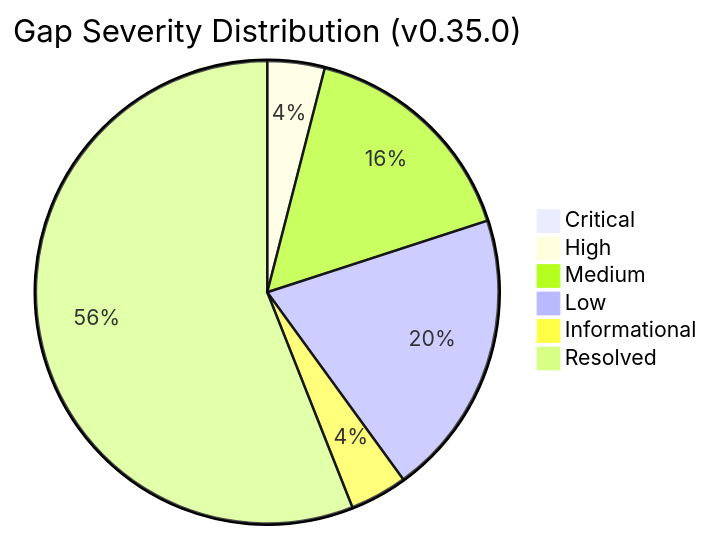
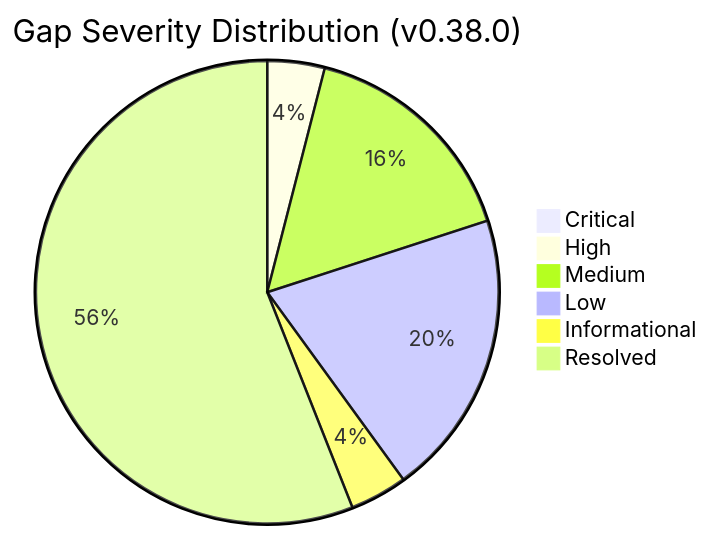
Before and after one commit to pranems/SCIMServer: the diagram in docs/LOGGING_ERROR_HANDLING_QUALITY_AUDIT.md, drawn with Mermaid. The commit also changed other lines of this file and 30 other files, not shown here.

````diff
--- a/docs/LOGGING_ERROR_HANDLING_QUALITY_AUDIT.md
+++ b/docs/LOGGING_ERROR_HANDLING_QUALITY_AUDIT.md
@@ -296,9 +296,9 @@
 ```mermaid
-pie title Gap Severity Distribution (v0.35.0)
+pie title Gap Severity Distribution (v0.38.0)
     "Critical" : 0
     "High" : 1
     "Medium" : 4
     "Low" : 5
     "Informational" : 1
     "Resolved" : 14
 ```
````
